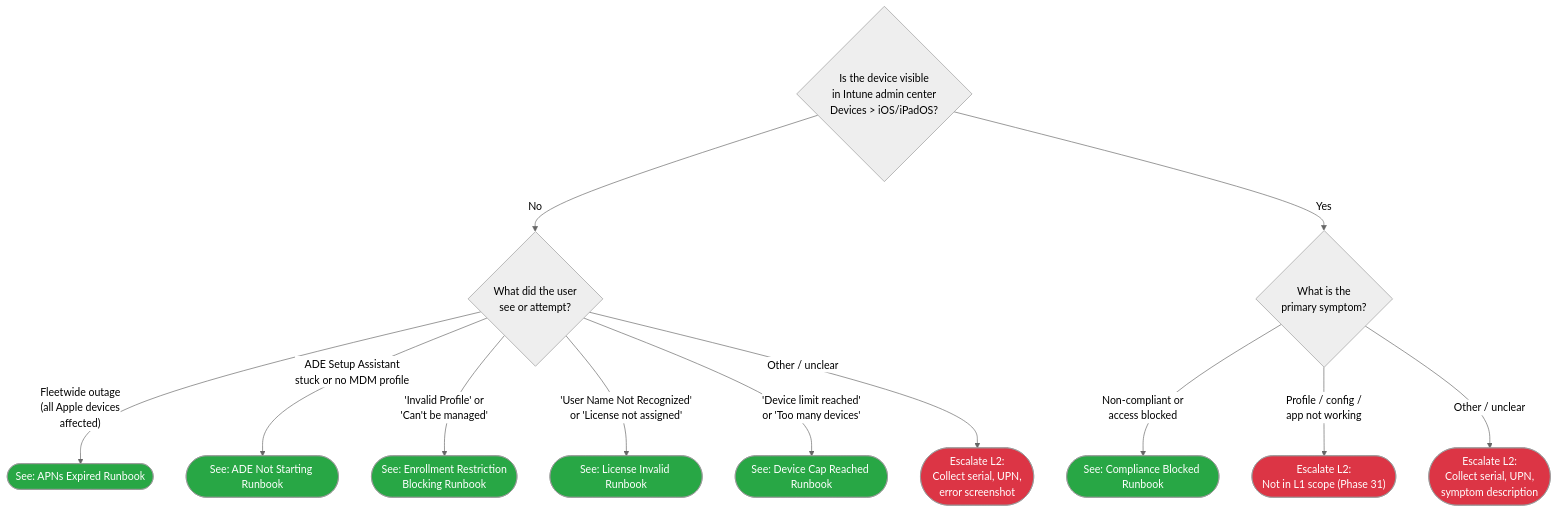
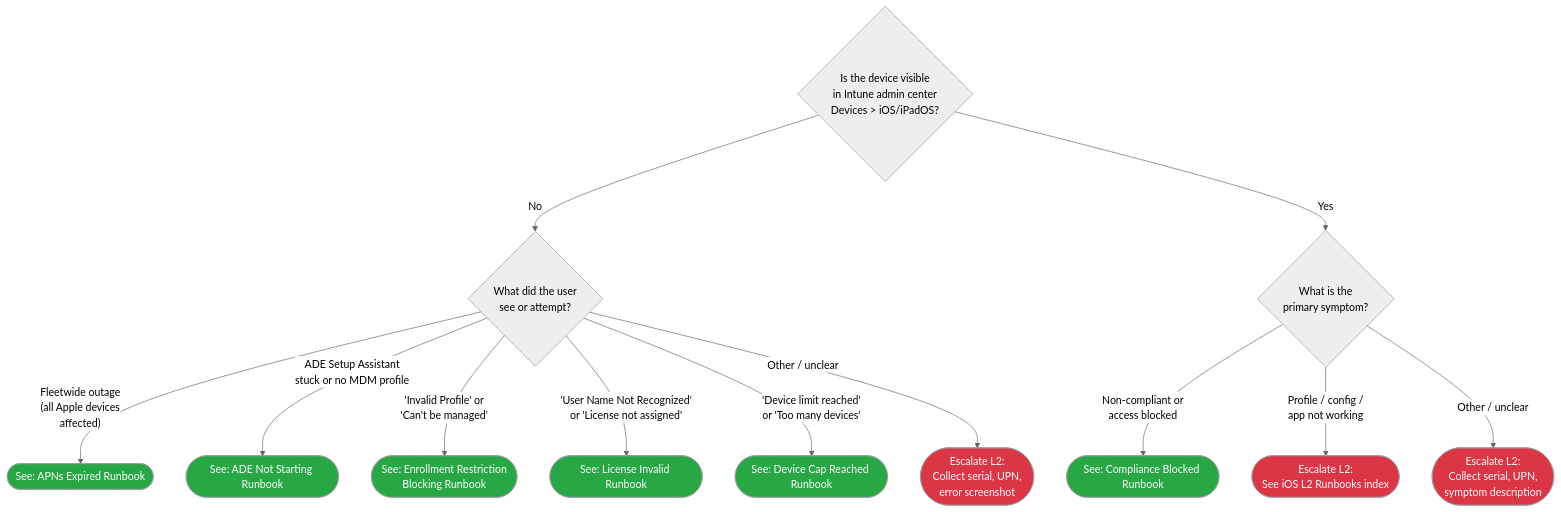
One commit to Schweinehund/Autopilot changed the diagram in docs/decision-trees/07-ios-triage.md. Above: the diagram before and after it, drawn with Mermaid (neutral theme). The commit also changed other lines of this file, not shown here.

First line of the commit message:
docs(31): resolve Phase 31 L2 placeholders in iOS triage tree

````diff
--- a/docs/decision-trees/07-ios-triage.md
+++ b/docs/decision-trees/07-ios-triage.md
@@ -29,30 +29,30 @@
 ```mermaid
 graph TD
     IOS1{"Is the device visible<br/>in Intune admin center<br/>Devices &gt; iOS/iPadOS?"}
 
     IOS1 -->|No| IOS2{"What did the user<br/>see or attempt?"}
     IOS1 -->|Yes| IOS3{"What is the<br/>primary symptom?"}
 
     IOS2 -->|"Fleetwide outage<br/>(all Apple devices<br/>affected)"| IOSR1(["See: APNs Expired Runbook"])
     IOS2 -->|"ADE Setup Assistant<br/>stuck or no MDM profile"| IOSR2(["See: ADE Not Starting Runbook"])
     IOS2 -->|"'Invalid Profile' or<br/>'Can't be managed'"| IOSR3(["See: Enrollment Restriction<br/>Blocking Runbook"])
     IOS2 -->|"'User Name Not Recognized'<br/>or 'License not assigned'"| IOSR4(["See: License Invalid Runbook"])
     IOS2 -->|"'Device limit reached'<br/>or 'Too many devices'"| IOSR5(["See: Device Cap Reached Runbook"])
     IOS2 -->|"Other / unclear"| IOSE1(["Escalate L2:<br/>Collect serial, UPN,<br/>error screenshot"])
 
     IOS3 -->|"Non-compliant or<br/>access blocked"| IOSR6(["See: Compliance Blocked Runbook"])
-    IOS3 -->|"Profile / config /<br/>app not working"| IOSE2(["Escalate L2:<br/>Not in L1 scope (Phase 31)"])
+    IOS3 -->|"Profile / config /<br/>app not working"| IOSE2(["Escalate L2:<br/>See iOS L2 Runbooks index"])
     IOS3 -->|"Other / unclear"| IOSE3(["Escalate L2:<br/>Collect serial, UPN,<br/>symptom description"])
 
     click IOSR1 "../l1-runbooks/16-ios-apns-expired.md"
     click IOSR2 "../l1-runbooks/17-ios-ade-not-starting.md"
     click IOSR3 "../l1-runbooks/18-ios-enrollment-restriction-blocking.md"
     click IOSR4 "../l1-runbooks/19-ios-license-invalid.md"
     click IOSR5 "../l1-runbooks/20-ios-device-cap-reached.md"
     click IOSR6 "../l1-runbooks/21-ios-compliance-blocked.md"
 
     classDef resolved fill:#28a745,color:#fff
     classDef escalateL2 fill:#dc3545,color:#fff
     class IOSR1,IOSR2,IOSR3,IOSR4,IOSR5,IOSR6 resolved
     class IOSE1,IOSE2,IOSE3 escalateL2
 ```
````
